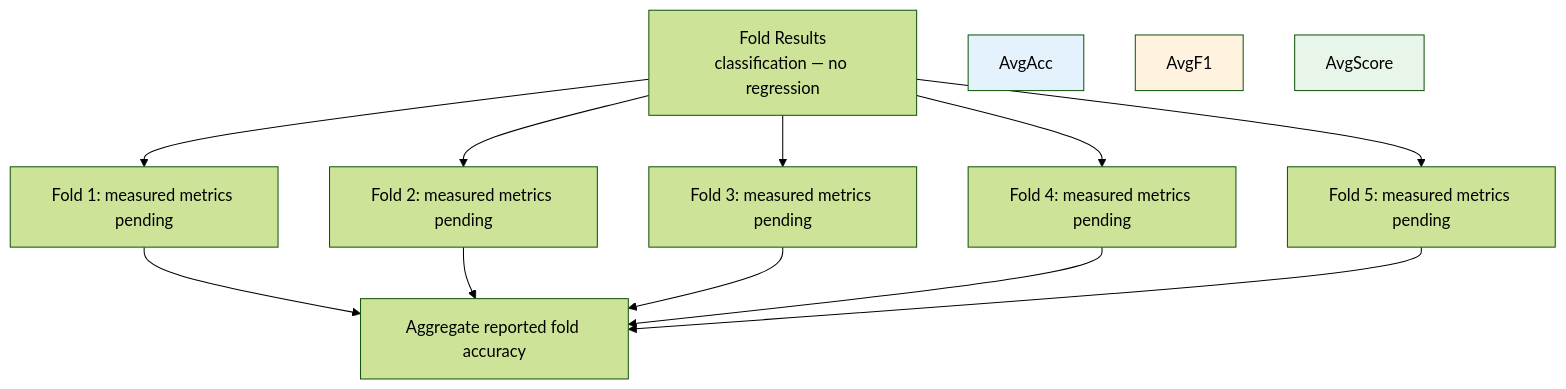
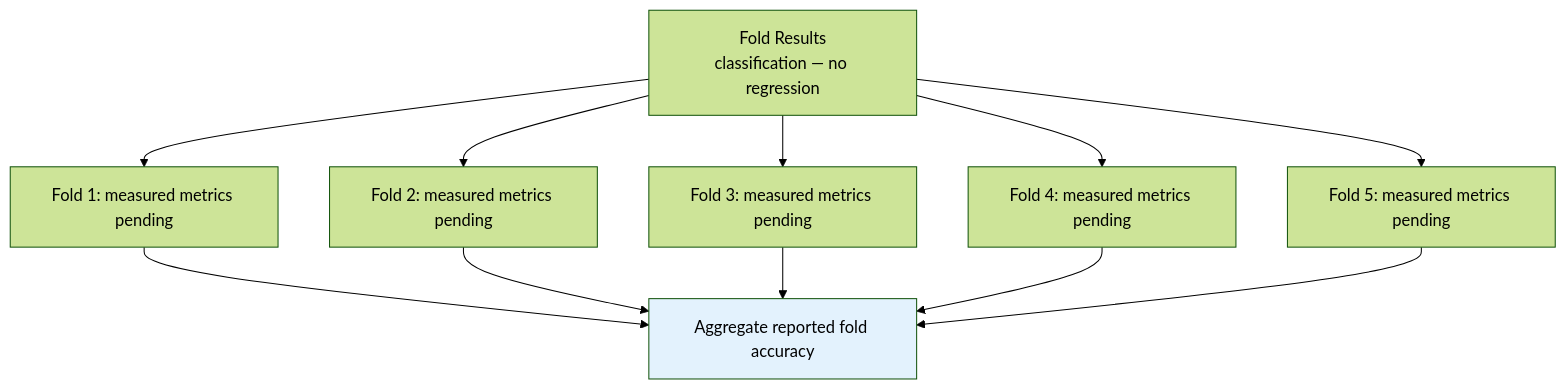
Before and after one commit to Evintkoo/2048-ml: the tenth of 11 diagrams in plans/05-Model/04-Evaluation/02-cross-validation.md, drawn with Mermaid (forest theme). The commit also changed other lines of this file and 67 other files, not shown here.

````diff
--- a/plans/05-Model/04-Evaluation/02-cross-validation.md
+++ b/plans/05-Model/04-Evaluation/02-cross-validation.md
@@ -299,19 +289,17 @@
 ```mermaid
 flowchart TB
     FoldResults[Fold Results<br/>classification — no regression]
     FoldResults --> Fold1[Fold 1: measured metrics pending]
     FoldResults --> Fold2[Fold 2: measured metrics pending]
     FoldResults --> Fold3[Fold 3: measured metrics pending]
     FoldResults --> Fold4[Fold 4: measured metrics pending]
     FoldResults --> Fold5[Fold 5: measured metrics pending]
 
     Fold1 --> Aggregate[Aggregate reported fold accuracy]
     Fold2 --> Aggregate
     Fold3 --> Aggregate
     Fold4 --> Aggregate
     Fold5 --> Aggregate
 
-    style AvgAcc fill:#e3f2fd
-    style AvgF1 fill:#fff3e0
-    style AvgScore fill:#e8f5e9
+    style Aggregate fill:#e3f2fd
 ```
````
